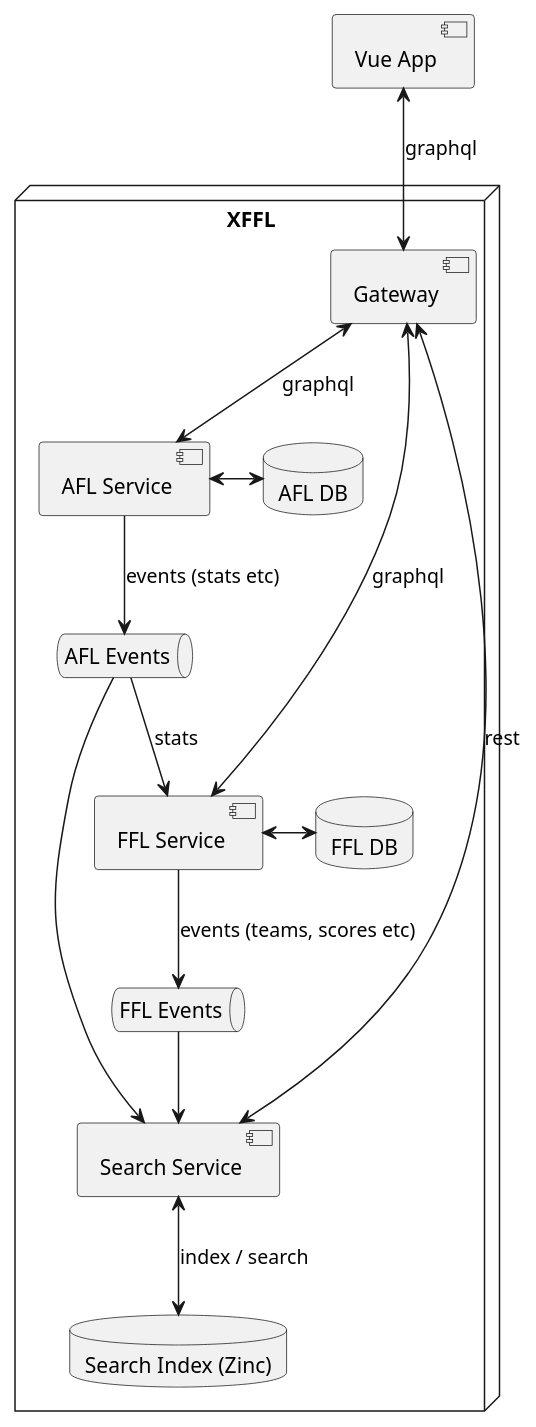
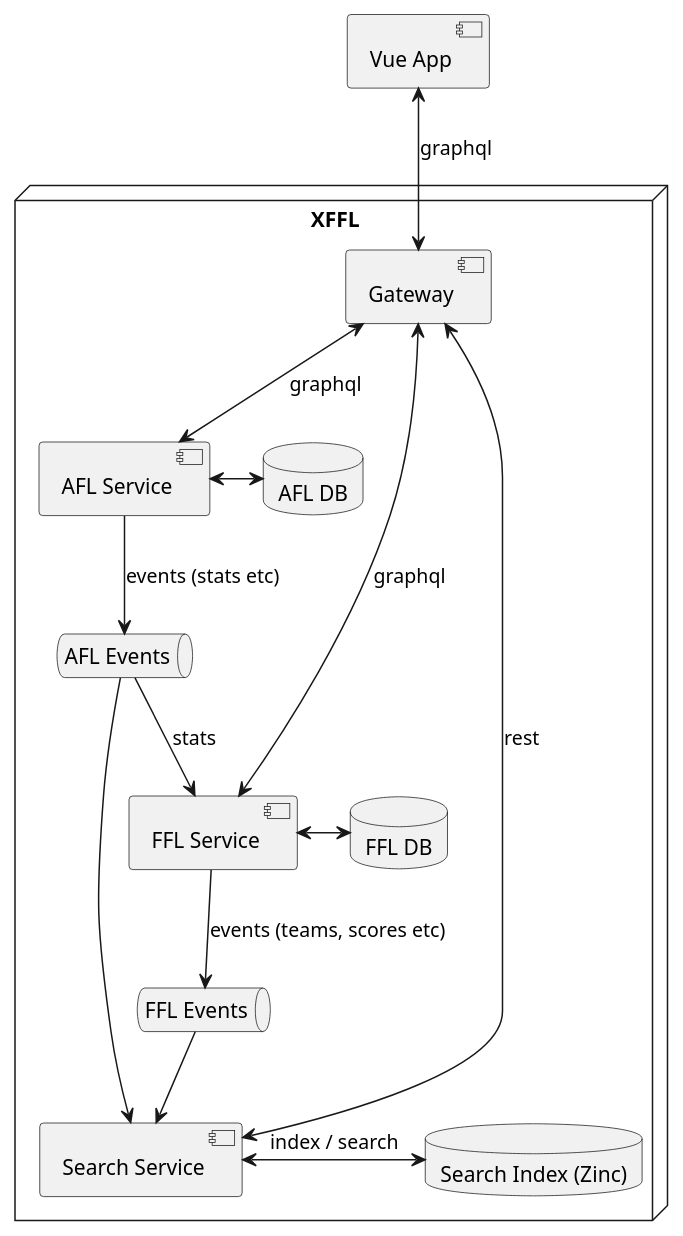
One commit to ruiboy/xffl changed the diagram in doc/logical-view.puml. Above: the diagram before and after it, drawn with PlantUML. The commit also changed 1 other file, not shown here.

```diff
--- a/doc/logical-view.puml
+++ b/doc/logical-view.puml
@@ -1,36 +1,36 @@
 @startuml
 
 [Vue App] as vueapp
 
 node "XFFL" {
   [Gateway] as gateway
 
   [AFL Service] as aflservice
   [FFL Service] as fflservice
   [Search Service] as searchservice
 
   database "AFL DB" as afldb
   database "FFL DB" as ffldb
   queue "AFL Events" as aflqueue
   queue "FFL Events" as fflqueue
   database "Search Index (Zinc)" as searchindex
 }
 
 vueapp <--> gateway : graphql
 
 gateway <--> aflservice : graphql
 aflservice <-> afldb
 aflservice --> aflqueue : "events (stats etc)"
 aflqueue --> searchservice
 aflqueue --> fflservice : stats
 
 gateway <--> fflservice : graphql
 fflservice <-> ffldb
 fflservice --> fflqueue : "events (teams, scores etc)"
 fflqueue --> searchservice
 
 gateway <--> searchservice : rest
-searchservice <--> searchindex : index / search
+searchservice <-> searchindex : index / search
 
 
 @enduml
```
